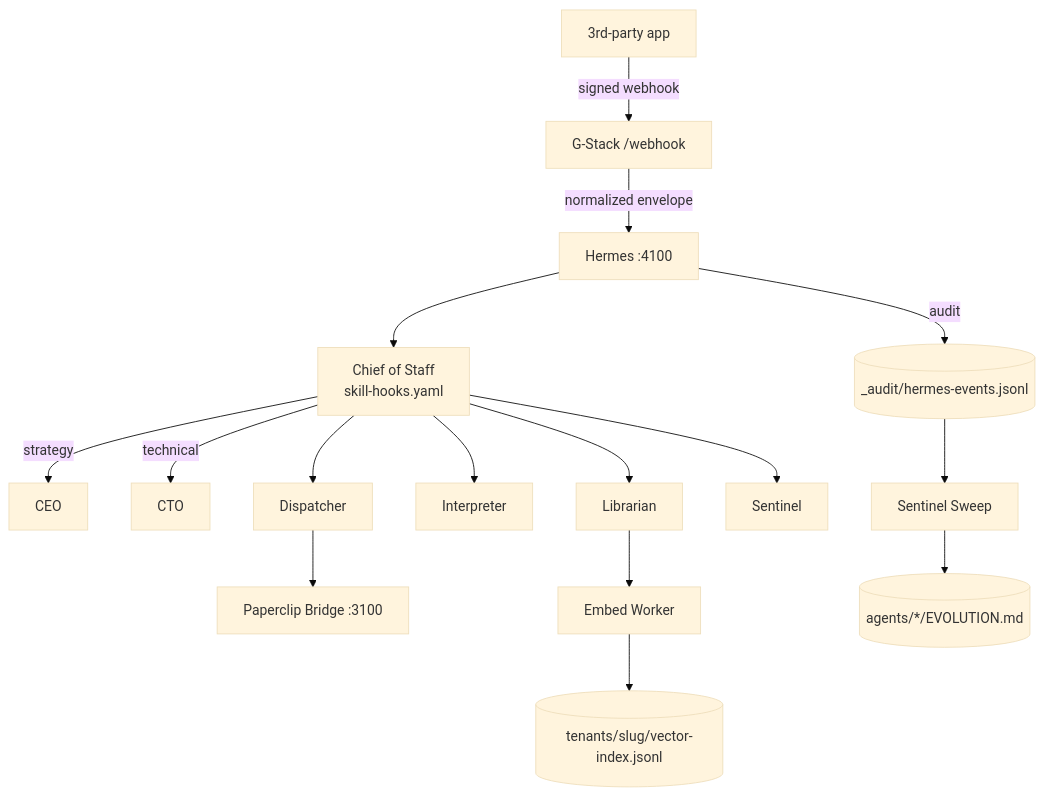
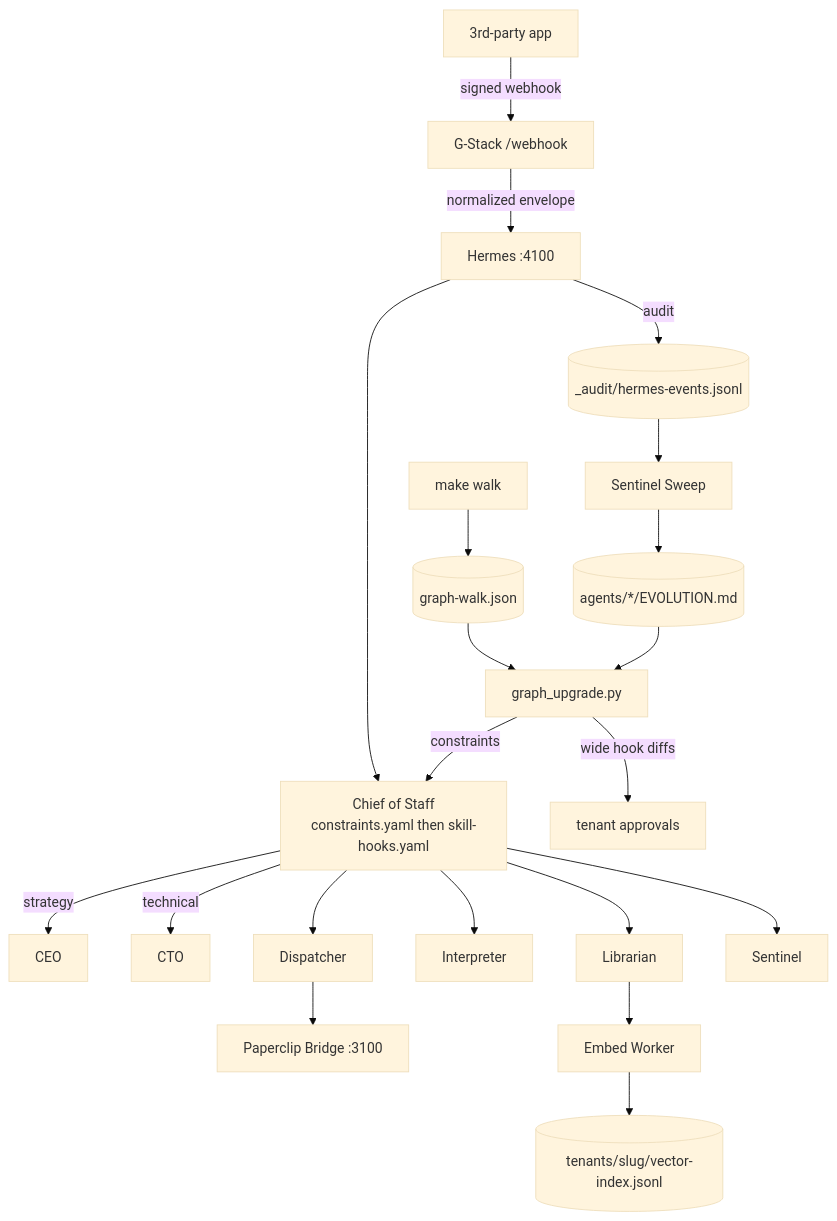
One commit to Sheshiyer/snow-gloves-os changed the first of 2 diagrams in docs/architecture-overview.md. Above: the diagram before and after it, drawn with Mermaid (base theme). The commit also changed other lines of this file and 18 other files, not shown here.

First line of the commit message:
Add a machine-checkable CoS graph walk and learning edge.

````diff
--- a/docs/architecture-overview.md
+++ b/docs/architecture-overview.md
@@ -18,18 +19,23 @@
 ```mermaid
 graph TD
   Ext[3rd-party app] -- signed webhook --> GS[G-Stack /webhook]
   GS -- normalized envelope --> Her[Hermes :4100]
-  Her --> CoS[Chief of Staff<br/>skill-hooks.yaml]
+  Her --> CoS[Chief of Staff<br/>constraints.yaml then skill-hooks.yaml]
   CoS -->|strategy| CEO
   CoS -->|technical| CTO
   CoS --> Lib[Librarian]
   CoS --> Int[Interpreter]
   CoS --> Dis[Dispatcher]
   CoS --> Sen[Sentinel]
   Dis --> PB[Paperclip Bridge :3100]
   Lib --> EW[Embed Worker]
   EW --> VI[(tenants/slug/vector-index.jsonl)]
   Her -- audit --> Log[(_audit/hermes-events.jsonl)]
   Log --> SS[Sentinel Sweep]
   SS --> Evo[(agents/*/EVOLUTION.md)]
+  Walk[make walk] --> Rec[(graph-walk.json)]
+  Rec --> GU[graph_upgrade.py]
+  Evo --> GU
+  GU -->|constraints| CoS
+  GU -->|wide hook diffs| Appr[tenant approvals]
 ```
````
